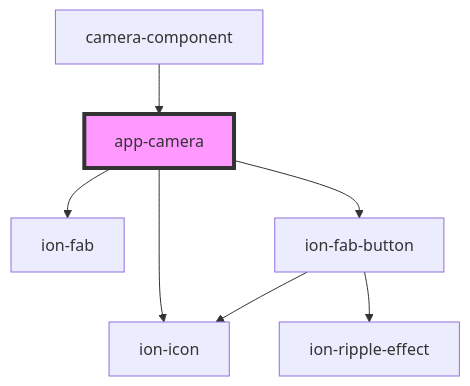
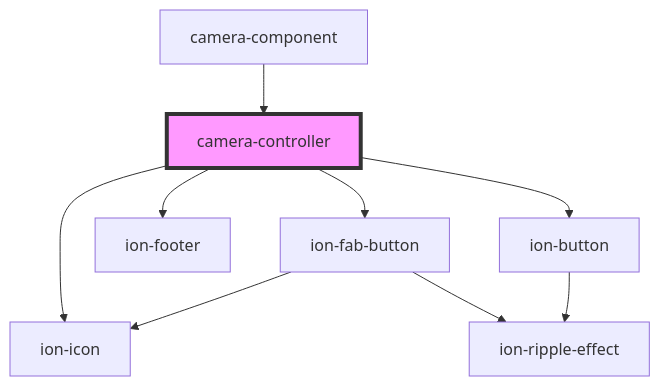
Before and after one commit to appfeel/camera-component: the diagram in src/components/camera-controller/readme.md, drawn with Mermaid. The commit also changed other lines of this file and 2 other files, not shown here.

````diff
--- a/src/components/camera-controller/readme.md
+++ b/src/components/camera-controller/readme.md
@@ -62,10 +77,12 @@
 ```mermaid
 graph TD;
-  app-camera --> ion-fab
-  app-camera --> ion-fab-button
-  app-camera --> ion-icon
+  camera-controller --> ion-fab-button
+  camera-controller --> ion-icon
+  camera-controller --> ion-footer
+  camera-controller --> ion-button
   ion-fab-button --> ion-icon
   ion-fab-button --> ion-ripple-effect
-  camera-component --> app-camera
-  style app-camera fill:#f9f,stroke:#333,stroke-width:4px
+  ion-button --> ion-ripple-effect
+  camera-component --> camera-controller
+  style camera-controller fill:#f9f,stroke:#333,stroke-width:4px
 ```
````
